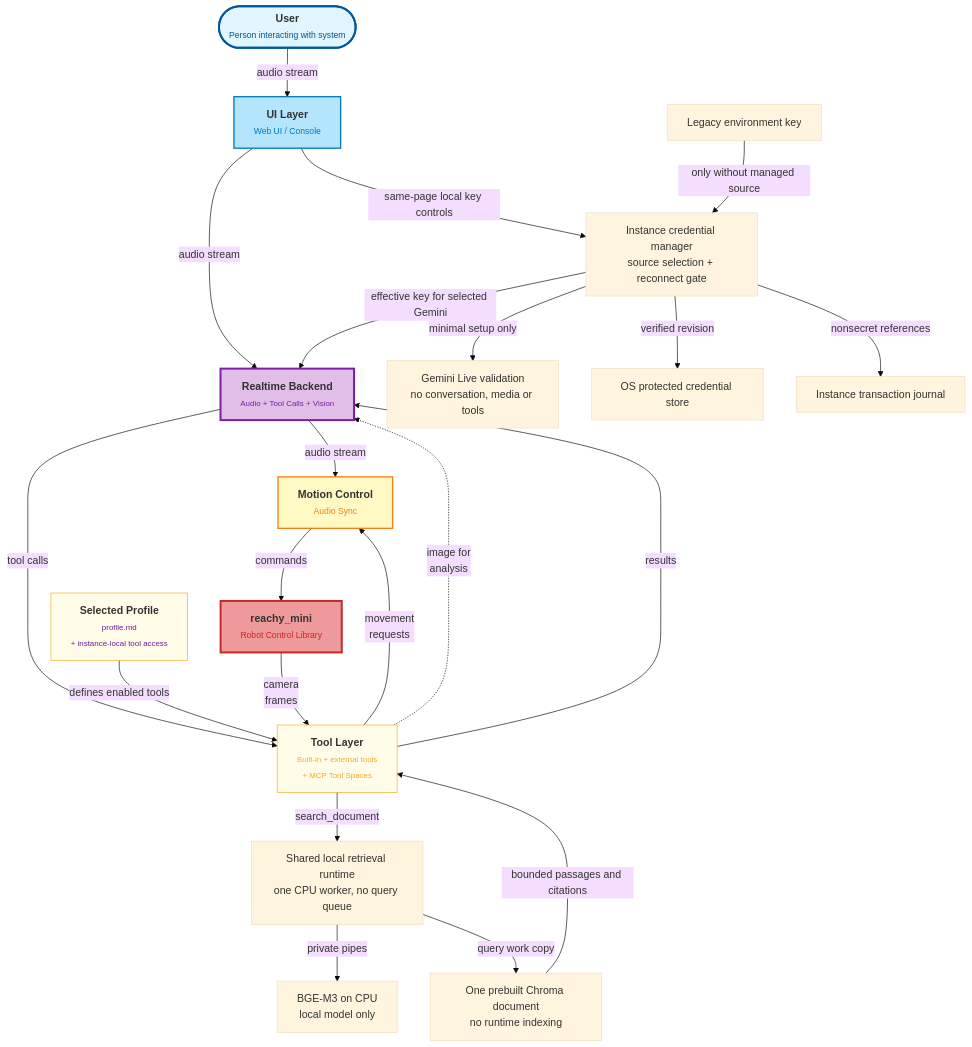
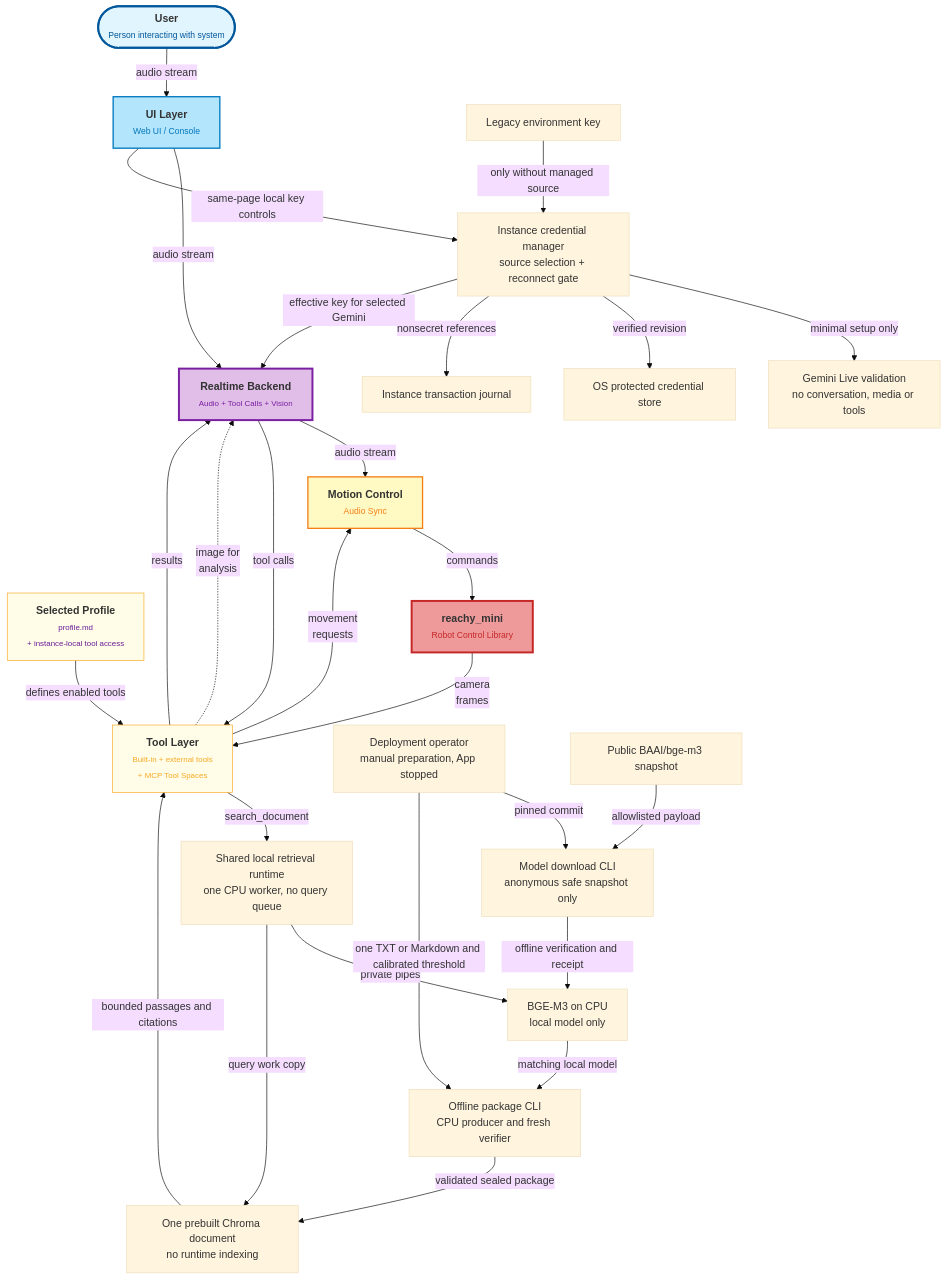
One commit to cavedutzushian/reachy_mini_conversation_app changed the diagram in docs/scheme.mmd. Above: the diagram before and after it, drawn with Mermaid (base theme). The commit also changed 19 other files, not shown here.

```diff
--- a/docs/scheme.mmd
+++ b/docs/scheme.mmd
@@ -1,63 +1,69 @@
 ---
 config:
   layout: dagre
   flowchart:
     htmlLabels: true
 ---
 flowchart TB
     User(["<span style='font-size:16px;font-weight:bold;'>User</span><br><span style='font-size:13px;color:#01579b;'>Person interacting with system</span>"]) 
       -- audio stream --> 
     UI@{ label: "<span style='font-size:16px;font-weight:bold;'>UI Layer</span><br><span style='font-size:13px;color:#0277bd;'>Web UI / Console</span>" }
 
     UI -- audio stream --> 
     Backend@{ label: "<span style='font-size:16px;font-weight:bold;'>Realtime Backend</span><br><span style='font-size:12px; color:#7b1fa2;'>Audio + Tool Calls + Vision</span>" }
 
     Backend -- audio stream -->
     Motion@{ label: "<span style='font-size:16px;font-weight:bold;'>Motion Control</span><br><span style='font-size:13px;color:#f57f17;'>Audio Sync</span>" }
     
     Backend -- tool calls --> 
     Handlers@{ label: "<span style='font-size:16px;font-weight:bold;'>Tool Layer</span><br><span style='font-size:12px;color:#f9a825;'>Built-in + external tools<br/>+ MCP Tool Spaces</span>" }
 
     Profiles@{ label: "<span style='font-size:16px;font-weight:bold;'>Selected Profile</span><br><span style='font-size:12px;color:#6a1b9a;'>profile.md<br/>+ instance-local tool access</span>" }
 
     Profiles -- defines enabled tools --> Handlers
 
     Handlers -- movement 
     requests --> Motion
 
     Handlers -. image for
     analysis .-> Backend
 
     Robot@{ label: "<span style='font-size:16px;font-weight:bold;'>reachy_mini</span><br><span style='font-size:13px;color:#c62828;'>Robot Control Library</span>" }
     -- camera 
     frames --> Handlers
 
     Motion -- commands --> Robot
 
     Handlers -- results --> Backend
 
     Handlers -- search_document --> Retrieval["Shared local retrieval runtime<br/>one CPU worker, no query queue"]
     Retrieval -- private pipes --> Encoder["BGE-M3 on CPU<br/>local model only"]
     Retrieval -- query work copy --> Document["One prebuilt Chroma document<br/>no runtime indexing"]
     Document -- bounded passages and citations --> Handlers
+    Operator["Deployment operator<br/>manual preparation, App stopped"] -- pinned commit --> Download["Model download CLI<br/>anonymous safe snapshot only"]
+    Hub["Public BAAI/bge-m3 snapshot"] -- allowlisted payload --> Download
+    Download -- offline verification and receipt --> Encoder
+    Operator -- one TXT or Markdown and calibrated threshold --> Build["Offline package CLI<br/>CPU producer and fresh verifier"]
+    Encoder -- matching local model --> Build
+    Build -- validated sealed package --> Document
 
     UI -- same-page local key controls --> Credentials["Instance credential manager<br/>source selection + reconnect gate"]
     Credentials -- minimal setup only --> Validation["Gemini Live validation<br/>no conversation, media or tools"]
     Credentials -- verified revision --> Vault["OS protected credential store"]
     Credentials -- nonsecret references --> Journal["Instance transaction journal"]
     Environment["Legacy environment key"] -- only without managed source --> Credentials
     Credentials -- effective key for selected Gemini --> Backend
 
      User:::userStyle
      UI:::uiStyle
      Backend:::aiStyle
      Motion:::coreStyle
      Profiles:::toolStyle
      Handlers:::toolStyle
      Robot:::hardwareStyle
     classDef userStyle fill:#e1f5fe,stroke:#01579b,stroke-width:3px
     classDef uiStyle fill:#b3e5fc,stroke:#0277bd,stroke-width:2px
     classDef aiStyle fill:#e1bee7,stroke:#7b1fa2,stroke-width:3px
     classDef coreStyle fill:#fff9c4,stroke:#f57f17,stroke-width:2px
     classDef hardwareStyle fill:#ef9a9a,stroke:#c62828,stroke-width:3px
     classDef toolStyle fill:#fffde7,stroke:#f9a825,stroke-width:1px
```
